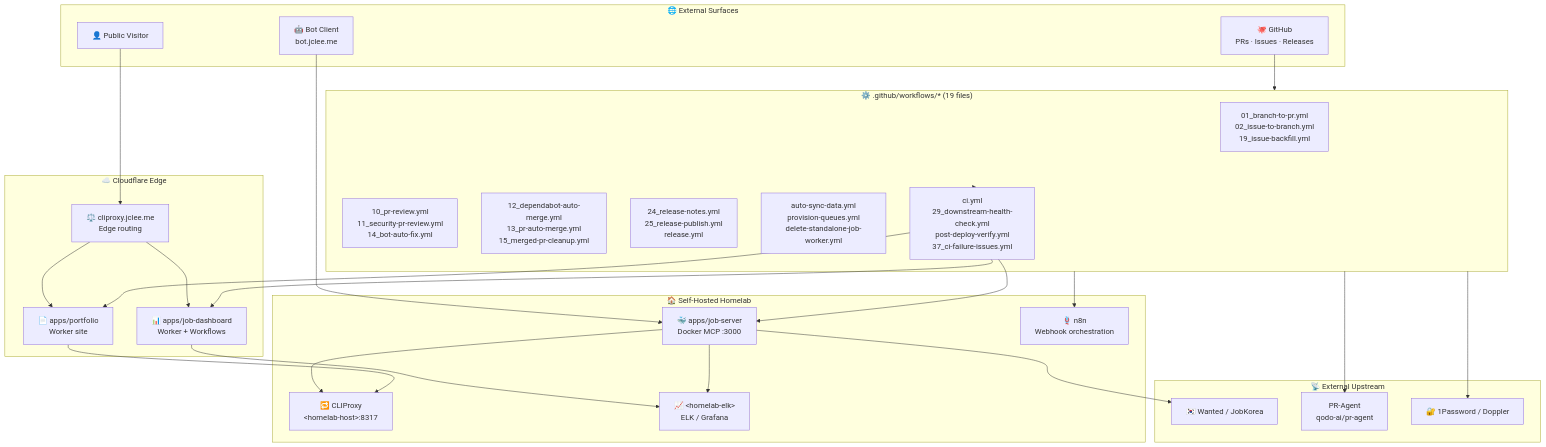
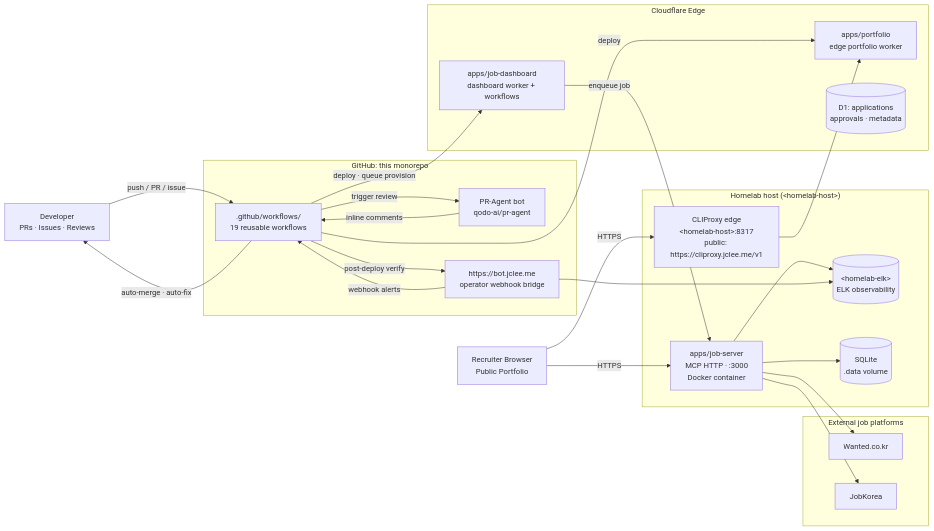
Before and after one commit to jclee941/resume: the diagram in README.md, drawn with Mermaid. The commit also changed other lines of this file, not shown here.

Commit message:
docs: auto-update README.md (#959)

````diff
--- a/README.md
+++ b/README.md
@@ -74,54 +80,56 @@
 ```mermaid
-flowchart TB
-    subgraph External["🌐 External Surfaces"]
-        Visitor["👤 Public Visitor"]
-        BotClient["🤖 Bot Client<br/>bot.jclee.me"]
-        GitHub["🐙 GitHub<br/>PRs · Issues · Releases"]
+flowchart LR
+    %% --- External actors ---------------------------------------------------
+    Dev["Developer<br/>PRs · Issues · Reviews"]
+    Recruiter["Recruiter Browser<br/>Public Portfolio"]
+
+    %% --- GitHub trust boundary --------------------------------------------
+    subgraph GH["GitHub: this monorepo"]
+        Actions[".github/workflows/<br/>19 reusable workflows"]
+        PRAgent["PR-Agent bot<br/>qodo-ai/pr-agent"]
+        Bot["https://bot.jclee.me<br/>operator webhook bridge"]
     end
 
-    subgraph Cloudflare["☁️ Cloudflare Edge"]
-        Portfolio["📄 apps/portfolio<br/>Worker site"]
-        Dashboard["📊 apps/job-dashboard<br/>Worker + Workflows"]
-        EdgeLB["⚖️ cliproxy.jclee.me<br/>Edge routing"]
+    %% --- Cloudflare trust boundary ----------------------------------------
+    subgraph CF["Cloudflare Edge"]
+        Portfolio["apps/portfolio<br/>edge portfolio worker"]
+        Dashboard["apps/job-dashboard<br/>dashboard worker + workflows"]
+        D1[("D1: applications<br/>approvals · metadata")]
     end
 
-    subgraph SelfHosted["🏠 Self-Hosted Homelab"]
-        JobServer["🐳 apps/job-server<br/>Docker MCP :3000"]
-        CLIProxy["🔁 CLIProxy<br/>&lt;homelab-host&gt;:8317"]
-        ELK["📈 &lt;homelab-elk&gt;<br/>ELK / Grafana"]
-        N8N["🪢 n8n<br/>Webhook orchestration"]
+    %% --- Homelab trust boundary -------------------------------------------
+    subgraph LAB["Homelab host (&lt;homelab-host&gt;)"]
+        CLIProxy["CLIProxy edge<br/>&lt;homelab-host&gt;:8317<br/>public: https://cliproxy.jclee.me/v1"]
+        JobServer["apps/job-server<br/>MCP HTTP · :3000<br/>Docker container"]
+        ELK[("&lt;homelab-elk&gt;<br/>ELK observability")]
+        SQLite[("SQLite<br/>.data volume")]
     end
 
-    subgraph Upstream["📡 External Upstream"]
-        Wanted["🇰🇷 Wanted / JobKorea"]
-        PRAgent["PR-Agent<br/>qodo-ai/pr-agent"]
-        SecretStore["🔐 1Password / Doppler"]
+    %% --- Third-party targets ----------------------------------------------
+    subgraph EXT["External job platforms"]
+        Wanted["Wanted.co.kr"]
+        JobKorea["JobKorea"]
     end
 
-    subgraph Automation["⚙️ .github/workflows/* (19 files)"]
-        BranchFlow["01_branch-to-pr.yml<br/>02_issue-to-branch.yml<br/>19_issue-backfill.yml"]
-        ReviewFlow["10_pr-review.yml<br/>11_security-pr-review.yml<br/>14_bot-auto-fix.yml"]
-        MergeFlow["12_dependabot-auto-merge.yml<br/>13_pr-auto-merge.yml<br/>15_merged-pr-cleanup.yml"]
-        ReleaseFlow["24_release-notes.yml<br/>25_release-publish.yml<br/>release.yml"]
-        SyncFlow["auto-sync-data.yml<br/>provision-queues.yml<br/>delete-standalone-job-worker.yml"]
-        VerifyFlow["ci.yml<br/>29_downstream-health-check.yml<br/>post-deploy-verify.yml<br/>37_ci-failure-issues.yml"]
-    end
+    %% --- Flows ------------------------------------------------------------
+    Dev -->|push / PR / issue| Actions
+    Actions -->|trigger review| PRAgent
+    PRAgent -->|inline comments| Actions
+    Actions -->|auto-merge · auto-fix| Dev
+    Actions -->|deploy| Portfolio
+    Actions -->|deploy · queue provision| Dashboard
+    Actions -->|post-deploy verify| Bot
 
-    Visitor --> EdgeLB
-    BotClient --> JobServer
-    GitHub --> Automation
-    EdgeLB --> Portfolio
-    EdgeLB --> Dashboard
-    Automation --> PRAgent
-    Automation --> SecretStore
-    Automation --> VerifyFlow
+    Recruiter -->|HTTPS| CLIProxy
+    CLIProxy --> Portfolio
+    Recruiter -->|HTTPS| JobServer
+
+    Dashboard -->|enqueue job| JobServer
+    JobServer --> SQLite
     JobServer --> Wanted
-    JobServer --> CLIProxy
-    Portfolio --> CLIProxy
-    Dashboard --> ELK
+    JobServer --> JobKorea
     JobServer --> ELK
-    Automation --> N8N
-    VerifyFlow --> Portfolio
-    VerifyFlow --> JobServer
-    VerifyFlow --> Dashboard
+
+    Bot -->|webhook alerts| Actions
+    Bot --> ELK
 ```
````
